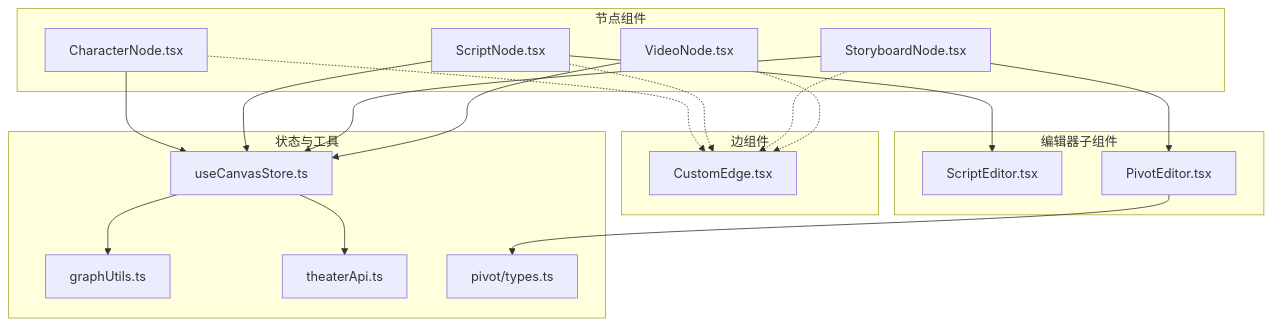
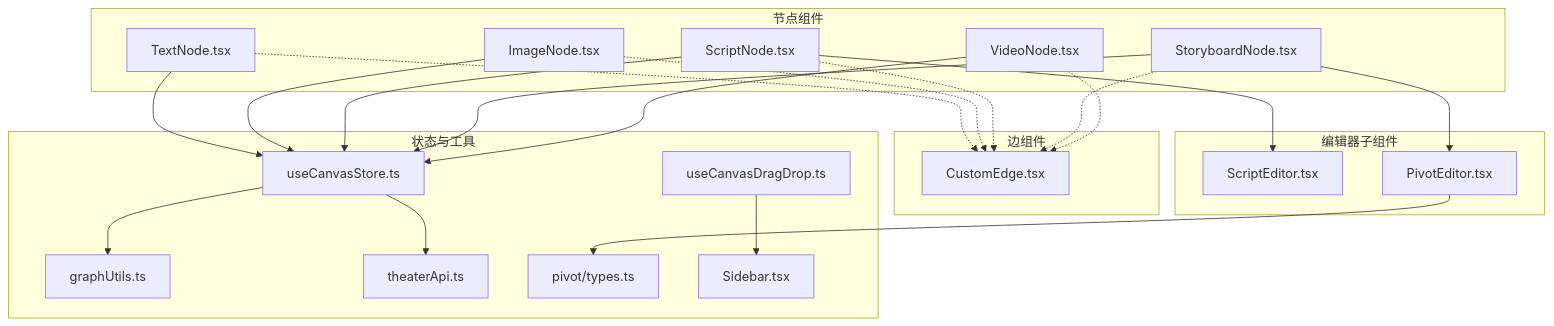
Before and after one commit to KunLabAI/KunFlix: the first of 8 diagrams in .qoder/repowiki/zh/content/前端应用架构/剧场画布编辑器/节点系统.md, drawn with Mermaid. The commit also changed other lines of this file and 9 other files, not shown here.

````diff
--- a/.qoder/repowiki/zh/content/前端应用架构/剧场画布编辑器/节点系统.md
+++ b/.qoder/repowiki/zh/content/前端应用架构/剧场画布编辑器/节点系统.md
@@ -45,35 +57,41 @@
 ```mermaid
 graph TB
 subgraph "节点组件"
-CN["CharacterNode.tsx"]
+TN["TextNode.tsx"]
+IN["ImageNode.tsx"]
 SN["ScriptNode.tsx"]
 SB["StoryboardNode.tsx"]
 VN["VideoNode.tsx"]
 end
 subgraph "编辑器子组件"
 SE["ScriptEditor.tsx"]
 PE["PivotEditor.tsx"]
 end
 subgraph "边组件"
 CE["CustomEdge.tsx"]
 end
 subgraph "状态与工具"
 CS["useCanvasStore.ts"]
 GU["graphUtils.ts"]
 TA["theaterApi.ts"]
 PT["pivot/types.ts"]
+DD["useCanvasDragDrop.ts"]
+SIDEBAR["Sidebar.tsx"]
 end
-CN --> CS
+TN --> CS
+IN --> CS
 SN --> CS
 SB --> CS
 VN --> CS
 SN --> SE
 SB --> PE
 PE --> PT
 CS --> TA
 CS --> GU
-CN -.-> CE
+TN -.-> CE
+IN -.-> CE
 SN -.-> CE
 SB -.-> CE
 VN -.-> CE
+DD --> SIDEBAR
 ```
````
